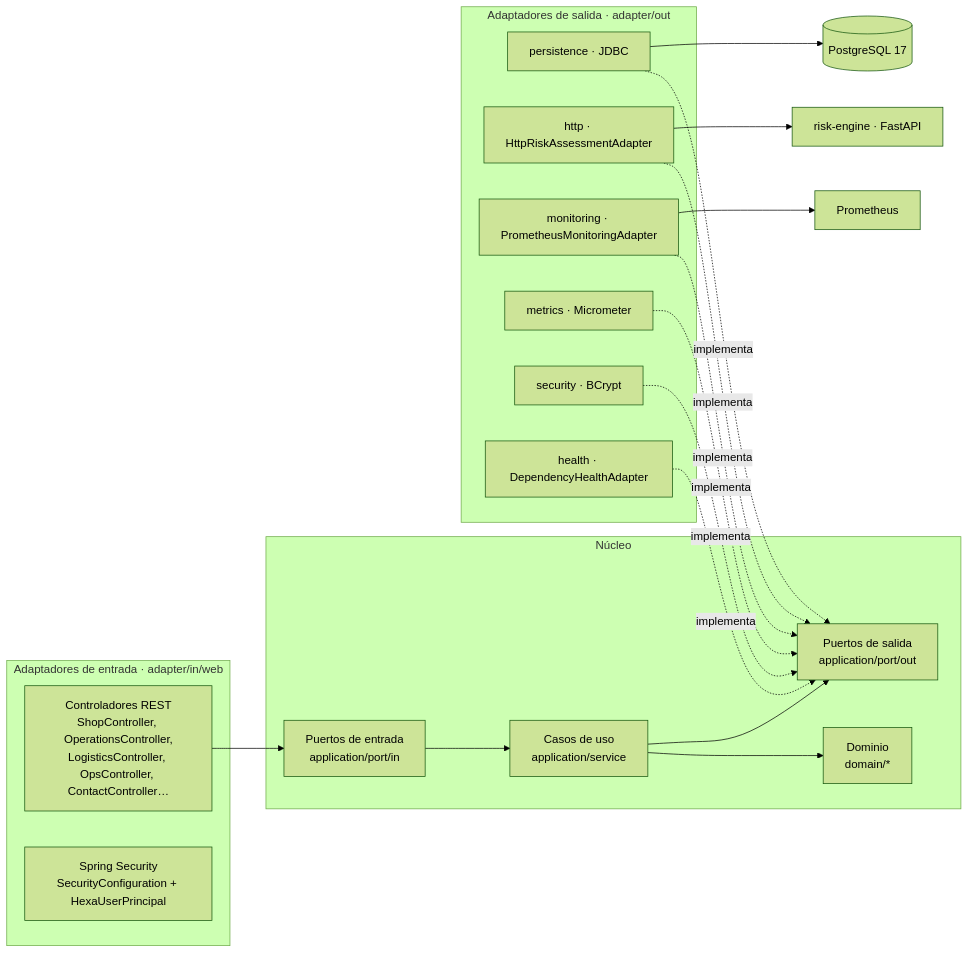
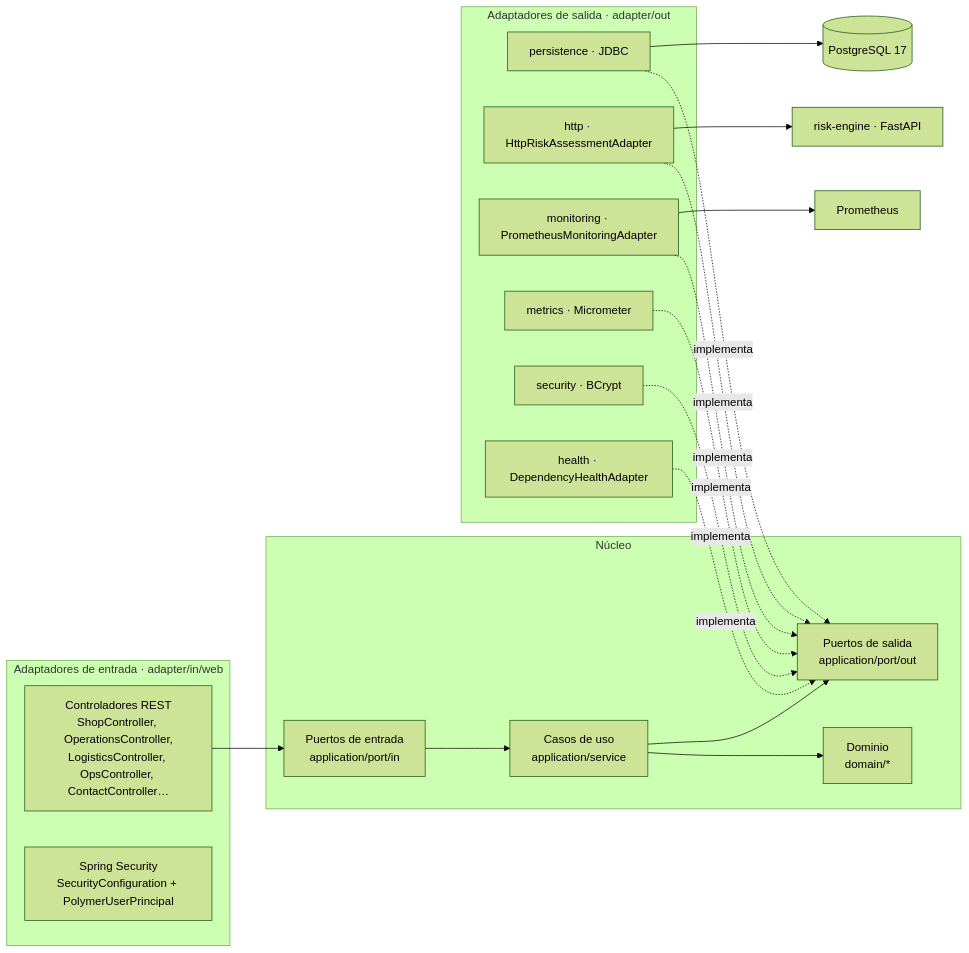
One commit to rgabrielmatosm/Hexaorders---Arquitectura-Hexagonal-Proyecto-AED-II- changed the first of 9 diagrams in docs/HEXAGONAL_ARCHITECTURE.md. Above: the diagram before and after it, drawn with Mermaid (forest theme). The commit also changed other lines of this file and 488 other files, not shown here.

````diff
--- a/docs/HEXAGONAL_ARCHITECTURE.md
+++ b/docs/HEXAGONAL_ARCHITECTURE.md
@@ -7,32 +7,32 @@
 ```mermaid
 flowchart LR
     subgraph IN [Adaptadores de entrada · adapter/in/web]
         REST[Controladores REST<br/>ShopController, OperationsController,<br/>LogisticsController, OpsController, ContactController…]
-        SEC[Spring Security<br/>SecurityConfiguration + HexaUserPrincipal]
+        SEC[Spring Security<br/>SecurityConfiguration + PolymerUserPrincipal]
     end
     subgraph CORE [Núcleo]
         PIN[Puertos de entrada<br/>application/port/in]
         UC[Casos de uso<br/>application/service]
         DOM[Dominio<br/>domain/*]
         POUT[Puertos de salida<br/>application/port/out]
     end
     subgraph OUT [Adaptadores de salida · adapter/out]
         JDBC[persistence · JDBC]
         HTTP[http · HttpRiskAssessmentAdapter]
         PROM[monitoring · PrometheusMonitoringAdapter]
         MET[metrics · Micrometer]
         BC[security · BCrypt]
         HL[health · DependencyHealthAdapter]
     end
     REST --> PIN --> UC --> DOM
     UC --> POUT
     JDBC -. implementa .-> POUT
     HTTP -. implementa .-> POUT
     PROM -. implementa .-> POUT
     MET -. implementa .-> POUT
     BC -. implementa .-> POUT
     HL -. implementa .-> POUT
     JDBC --> PG[(PostgreSQL 17)]
     HTTP --> PY[risk-engine · FastAPI]
     PROM --> PR[Prometheus]
 ```
````
